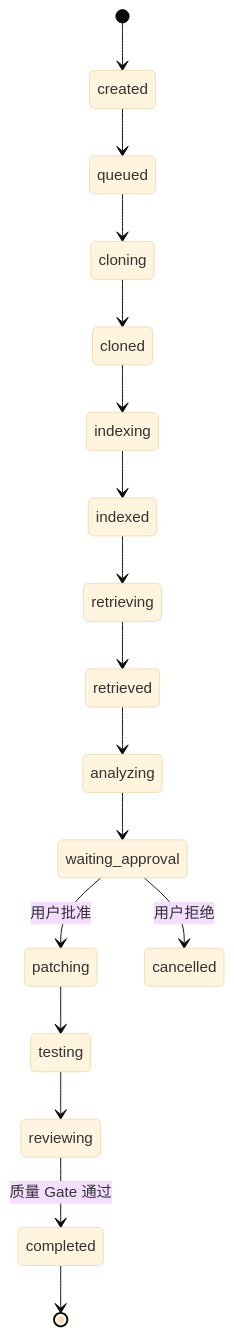
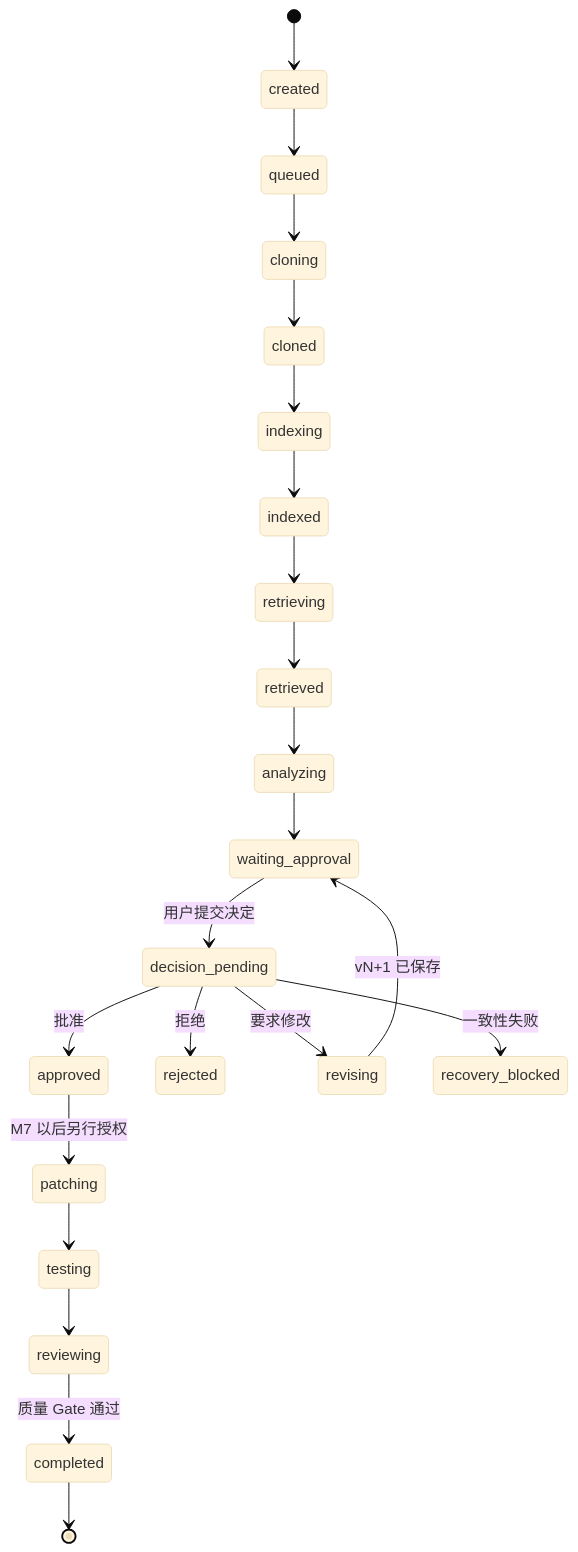
One commit to guiwenhui/IssuePilot changed the second of 2 diagrams in docs/architecture.md. Above: the diagram before and after it, drawn with Mermaid (base theme). The commit also changed other lines of this file and 67 other files, not shown here.

````diff
--- a/docs/architecture.md
+++ b/docs/architecture.md
@@ -97,19 +106,24 @@
 ```mermaid
 stateDiagram-v2
     [*] --> created
     created --> queued
     queued --> cloning
     cloning --> cloned
     cloned --> indexing
     indexing --> indexed
     indexed --> retrieving
     retrieving --> retrieved
     retrieved --> analyzing
     analyzing --> waiting_approval
-    waiting_approval --> patching: 用户批准
-    waiting_approval --> cancelled: 用户拒绝
+    waiting_approval --> decision_pending: 用户提交决定
+    decision_pending --> approved: 批准
+    decision_pending --> rejected: 拒绝
+    decision_pending --> revising: 要求修改
+    revising --> waiting_approval: vN+1 已保存
+    decision_pending --> recovery_blocked: 一致性失败
+    approved --> patching: M7 以后另行授权
     patching --> testing
     testing --> reviewing
     reviewing --> completed: 质量 Gate 通过
     completed --> [*]
 ```
````
